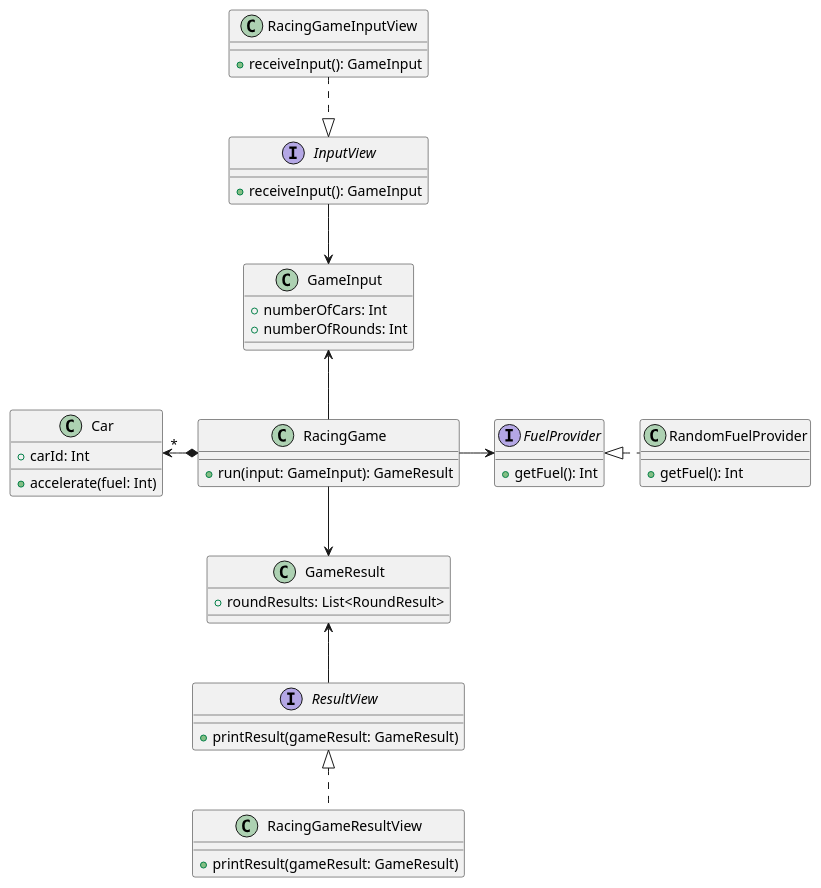
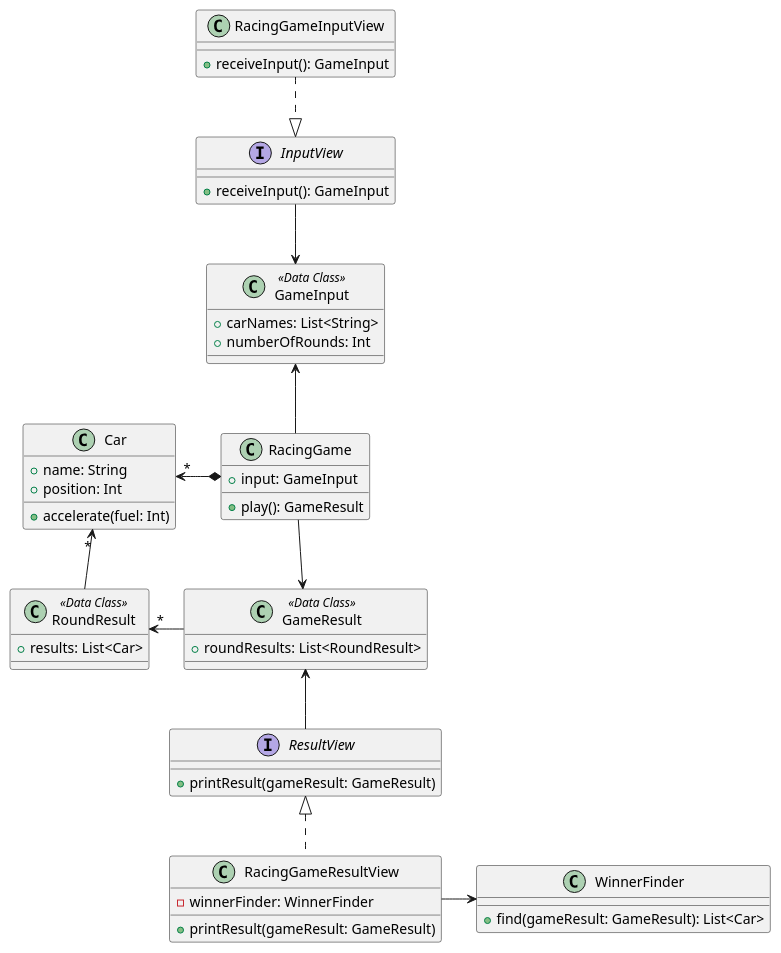
The diagram in src/docs/racingcar/racingcar.puml (next-step/kotlin-racingcar), drawn with PlantUML before and after one commit. The commit also changed 31 other files, not shown here.

```diff
--- a/src/docs/racingcar/racingcar.puml
+++ b/src/docs/racingcar/racingcar.puml
@@ -1,56 +1,60 @@
 @startuml
 
 interface InputView {
 + receiveInput(): GameInput
 }
 
 class RacingGameInputView {
 + receiveInput(): GameInput
 }
 
-class GameInput {
-+ numberOfCars: Int
+class GameInput <<Data Class>> {
++ carNames: List<String>
 + numberOfRounds: Int
 }
 
 interface ResultView {
 + printResult(gameResult: GameResult)
 }
 
-class GameResult {
+class GameResult <<Data Class>> {
 + roundResults: List<RoundResult>
 }
 
+class RoundResult <<Data Class>> {
++ results: List<Car>
+}
+
 class RacingGameResultView implements ResultView {
+- winnerFinder: WinnerFinder
 + printResult(gameResult: GameResult)
 }
 
-interface FuelProvider {
-+ getFuel(): Int
-}
-
-class RandomFuelProvider {
-+ getFuel(): Int
+class WinnerFinder {
++ find(gameResult: GameResult): List<Car>
 }
 
 class Car {
-+ carId: Int
++ name: String
++ position: Int
 + accelerate(fuel: Int)
 }
 
 class RacingGame {
-+ run(input: GameInput): GameResult
++ input: GameInput
++ play(): GameResult
 }
 
 RacingGame *-left-> "*" Car
-RacingGame -> FuelProvider
-RandomFuelProvider .left.|> FuelProvider
 
 RacingGame -up-> GameInput
 InputView -down-> GameInput
 RacingGameInputView ..|> InputView
 
 RacingGame -down-> GameResult
+GameResult -left-> "*" RoundResult
+RoundResult -left-> "*" Car
 ResultView -up-> GameResult
 
+RacingGameResultView -> WinnerFinder
 @enduml
```
